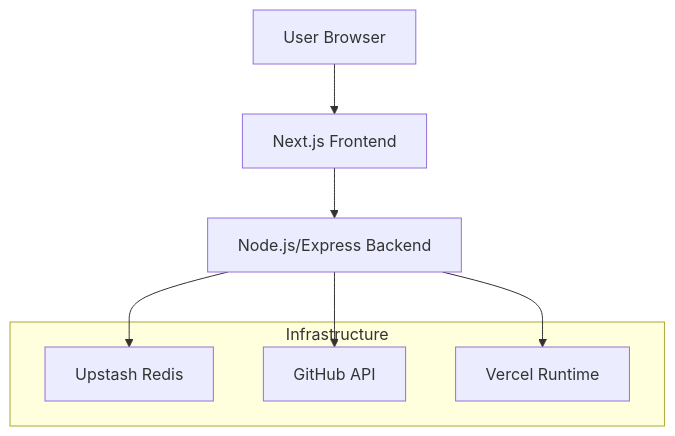
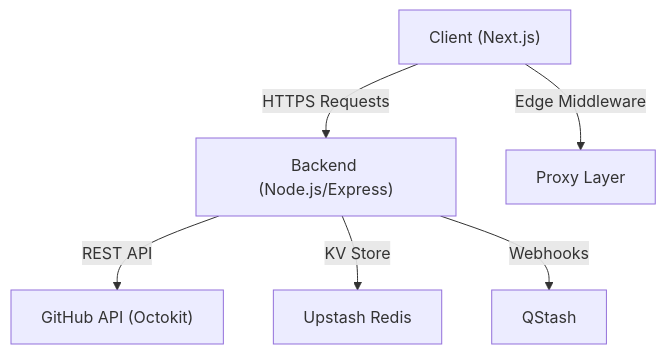
Before and after one commit to shinymacktest/gitdex-docs: the first of 2 diagrams in docs/shinymack/gitdex/2_system-architecture.mdx, drawn with Mermaid. The commit also changed other lines of this file and 17 other files, not shown here.

````diff
--- a/docs/shinymack/gitdex/2_system-architecture.mdx
+++ b/docs/shinymack/gitdex/2_system-architecture.mdx
@@ -14,14 +14,8 @@
 ```mermaid
 graph TD
-    User["User Browser"] --> Client["Next.js Frontend"]
-    Client --> Server["Node.js/Express Backend"]
-    Server --> Redis["Upstash Redis"]
-    Server --> GitHub["GitHub API"]
-    Server --> Vercel["Vercel Runtime"]
-    
-    subgraph "Infrastructure"
-        Redis
-        GitHub
-        Vercel
-    end
+    C["Client (Next.js)"] -->|HTTPS Requests| B["Backend (Node.js/Express)"]
+    B -->|REST API| G["GitHub API (Octokit)"]
+    B -->|KV Store| R["Upstash Redis"]
+    B -->|Webhooks| Q["QStash"]
+    C -->|Edge Middleware| P["Proxy Layer"]
 ```
````
